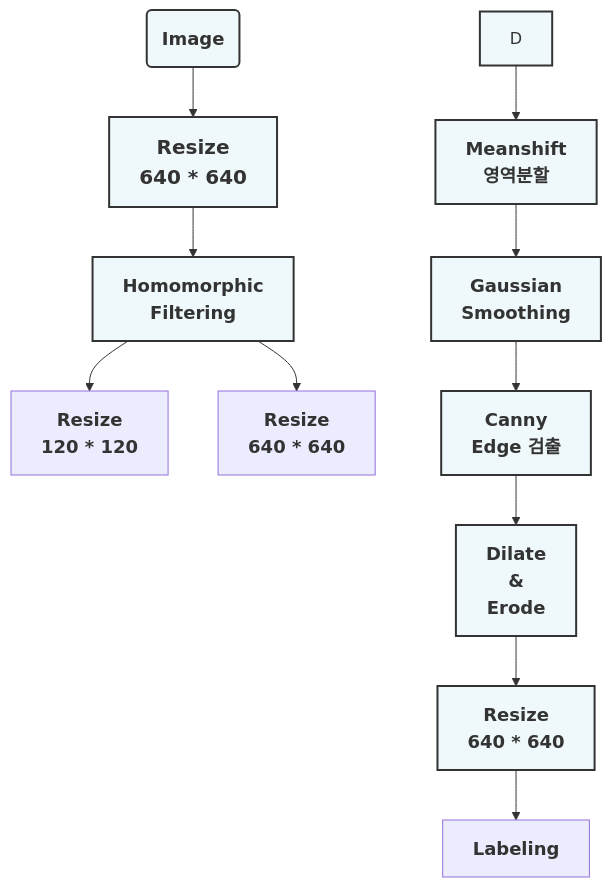
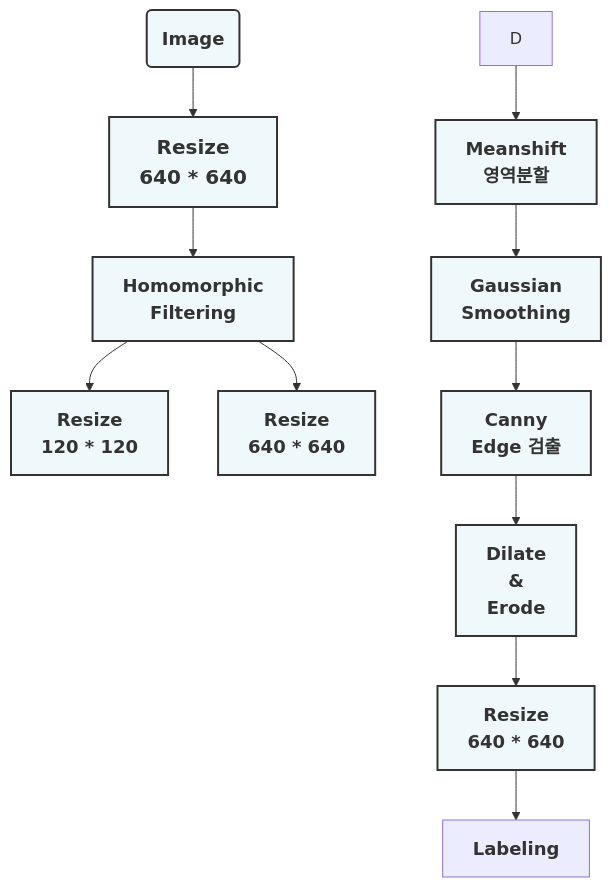
One commit to 201710808/-p changed the second of 2 diagrams in Readme.md. Above: the diagram before and after it, drawn with Mermaid.

````diff
--- a/Readme.md
+++ b/Readme.md
@@ -13,24 +13,25 @@
 ```mermaid
 graph
 A(<b><span style='font-size:18px'>Image</span></b>)-->B[<b><span style='font-size:20px'>Resize<br>640 * 640</span></b>]
 B-->C[<b><span style='font-size:18px'>Homomorphic<br>Filtering</span></b>]
 C-->D1[<b><span style='font-size:18px'>Resize<br>120 * 120</span></b>]
 D-->E[<b><span style='font-size:18px'>Meanshift<br>영역분할</span></b>]
 E-->F[<b><span style='font-size:18px'>Gaussian<br>Smoothing</span></b>]
 F-->G[<b><span style='font-size:18px'>Canny<br>Edge 검출</span></b>]
 G-->H[<b><span style='font-size:18px'>Dilate<br>&<br>Erode</span></b>]
 H-->I[<b><span style='font-size:18px'>Resize<br>640 * 640</span></b>]
 I-->J[<b><span style='font-size:18px'>Labeling</span></b>]
 C-->D2[<b><span style='font-size:18px'>Resize<br>640 * 640</span></b>]
 
 
 style A fill:#EFF8FB ,stroke:#333,stroke-width:2px
 style B fill:#EFF8FB ,stroke:#333,stroke-width:2px
 style C fill:#EFF8FB ,stroke:#333,stroke-width:2px
-style D fill:#EFF8FB ,stroke:#333,stroke-width:2px
+style D1 fill:#EFF8FB ,stroke:#333,stroke-width:2px
+style D2 fill:#EFF8FB ,stroke:#333,stroke-width:2px
 style E fill:#EFF8FB ,stroke:#333,stroke-width:2px
 style F fill:#EFF8FB ,stroke:#333,stroke-width:2px
 style G fill:#EFF8FB ,stroke:#333,stroke-width:2px
 style H fill:#EFF8FB ,stroke:#333,stroke-width:2px
 style I fill:#EFF8FB ,stroke:#333,stroke-width:2px
 ```
````
